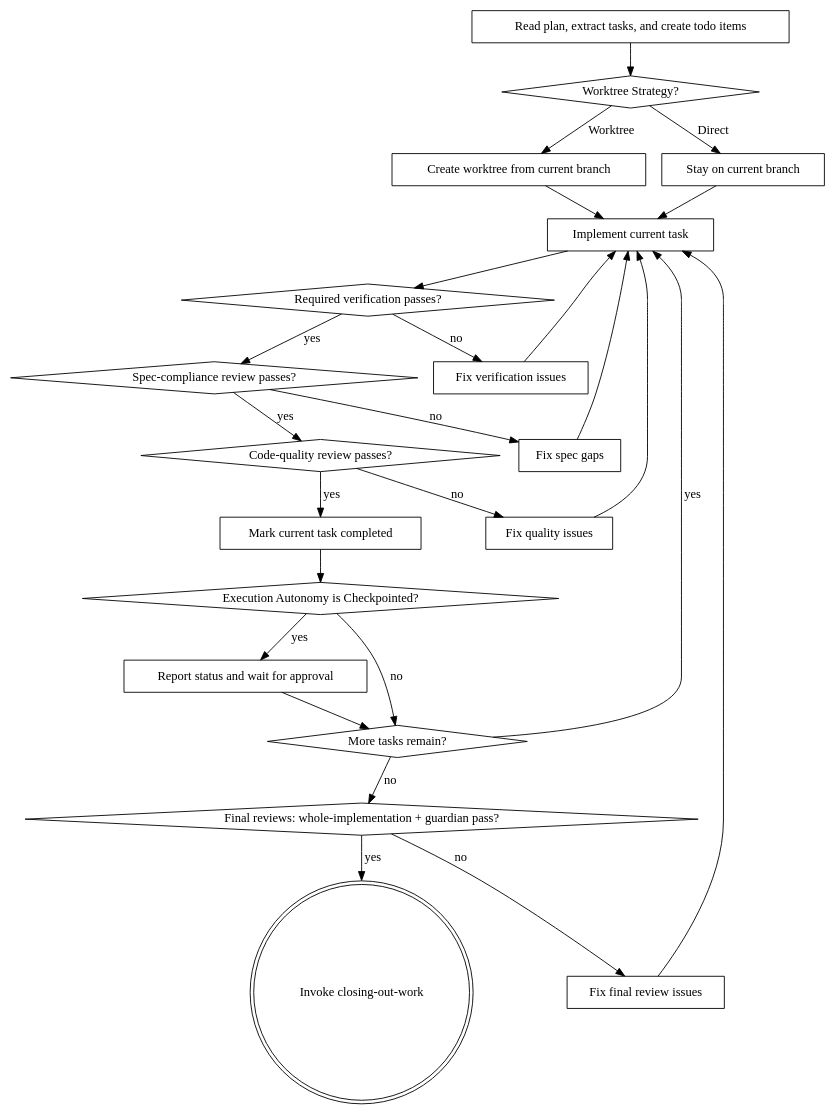
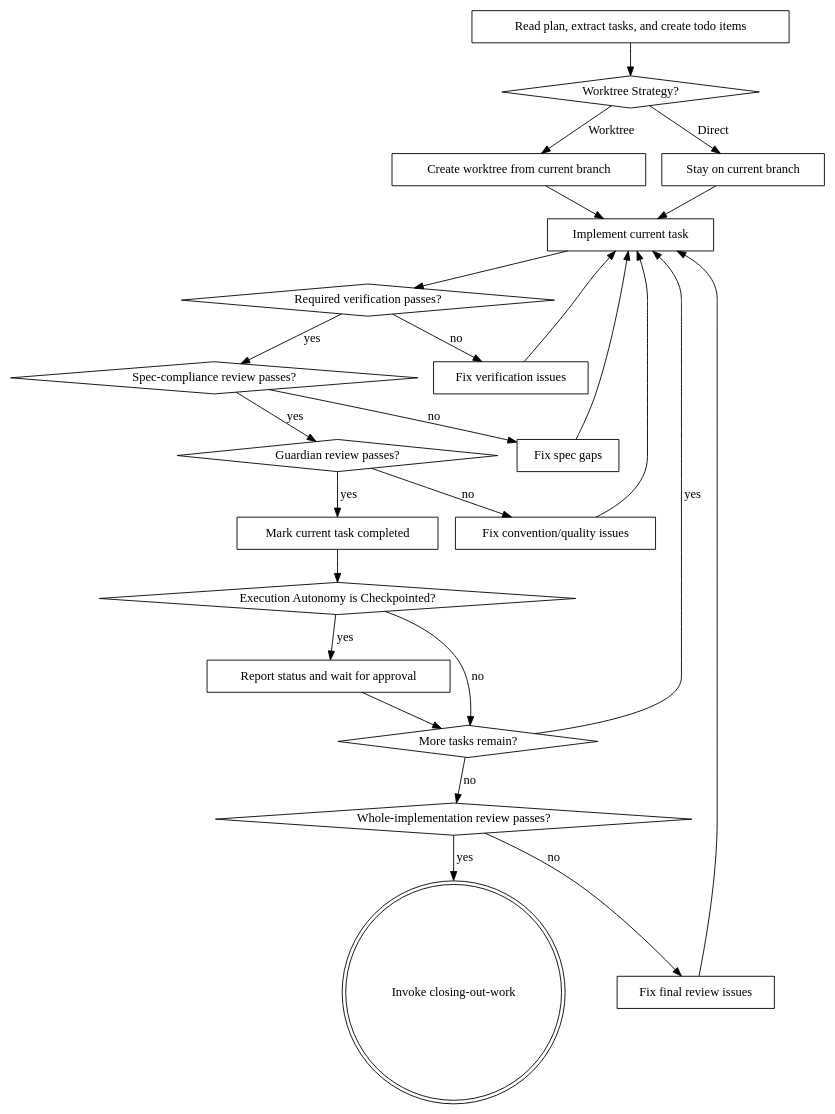
One commit to clashmar/know-how changed the diagram in extension/skills/executing-plans/SKILL.md. Above: the diagram before and after it, drawn with Graphviz. The commit also changed other lines of this file and 18 other files, not shown here.

Commit message:
refactor(skills): merge SDD into executing-plans, reposition guardian as per-task code-quality reviewer

````diff
--- a/extension/skills/executing-plans/SKILL.md
+++ b/extension/skills/executing-plans/SKILL.md
@@ -36,47 +34,47 @@
 ```dot
  digraph execution {
      "Read plan, extract tasks, and create todo items" [shape=box];
      "Worktree Strategy?" [shape=diamond];
      "Create worktree from current branch" [shape=box];
      "Stay on current branch" [shape=box];
      "Implement current task" [shape=box];
      "Required verification passes?" [shape=diamond];
      "Fix verification issues" [shape=box];
      "Spec-compliance review passes?" [shape=diamond];
      "Fix spec gaps" [shape=box];
-     "Code-quality review passes?" [shape=diamond];
-     "Fix quality issues" [shape=box];
+     "Guardian review passes?" [shape=diamond];
+     "Fix convention/quality issues" [shape=box];
      "Mark current task completed" [shape=box];
      "Execution Autonomy is Checkpointed?" [shape=diamond];
      "Report status and wait for approval" [shape=box];
      "More tasks remain?" [shape=diamond];
-     "Final reviews: whole-implementation + guardian pass?" [shape=diamond];
+     "Whole-implementation review passes?" [shape=diamond];
      "Fix final review issues" [shape=box];
      "Invoke closing-out-work" [shape=doublecircle];
 
      "Read plan, extract tasks, and create todo items" -> "Worktree Strategy?";
      "Worktree Strategy?" -> "Create worktree from current branch" [label="Worktree"];
      "Worktree Strategy?" -> "Stay on current branch" [label="Direct"];
      "Create worktree from current branch" -> "Implement current task";
      "Stay on current branch" -> "Implement current task";
      "Implement current task" -> "Required verification passes?";
      "Required verification passes?" -> "Fix verification issues" [label="no"];
      "Fix verification issues" -> "Implement current task";
      "Required verification passes?" -> "Spec-compliance review passes?" [label="yes"];
      "Spec-compliance review passes?" -> "Fix spec gaps" [label="no"];
      "Fix spec gaps" -> "Implement current task";
-     "Spec-compliance review passes?" -> "Code-quality review passes?" [label="yes"];
-     "Code-quality review passes?" -> "Fix quality issues" [label="no"];
-     "Fix quality issues" -> "Implement current task";
-     "Code-quality review passes?" -> "Mark current task completed" [label="yes"];
+     "Spec-compliance review passes?" -> "Guardian review passes?" [label="yes"];
+     "Guardian review passes?" -> "Fix convention/quality issues" [label="no"];
+     "Fix convention/quality issues" -> "Implement current task";
+     "Guardian review passes?" -> "Mark current task completed" [label="yes"];
      "Mark current task completed" -> "Execution Autonomy is Checkpointed?";
      "Execution Autonomy is Checkpointed?" -> "Report status and wait for approval" [label="yes"];
      "Execution Autonomy is Checkpointed?" -> "More tasks remain?" [label="no"];
      "Report status and wait for approval" -> "More tasks remain?";
      "More tasks remain?" -> "Implement current task" [label="yes"];
-     "More tasks remain?" -> "Final reviews: whole-implementation + guardian pass?" [label="no"];
-     "Final reviews: whole-implementation + guardian pass?" -> "Invoke closing-out-work" [label="yes"];
-     "Final reviews: whole-implementation + guardian pass?" -> "Fix final review issues" [label="no"];
+     "More tasks remain?" -> "Whole-implementation review passes?" [label="no"];
+     "Whole-implementation review passes?" -> "Invoke closing-out-work" [label="yes"];
+     "Whole-implementation review passes?" -> "Fix final review issues" [label="no"];
      "Fix final review issues" -> "Implement current task";
  }
 ```
````
